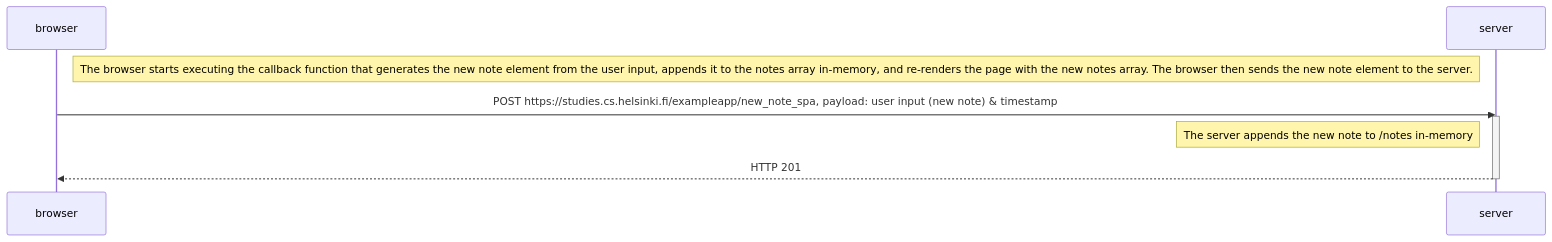
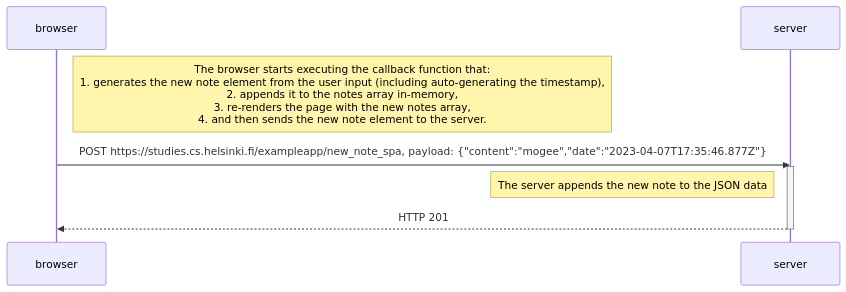
The diagram in Part 0/Exercise 6/sequence.md (soumyee29/fullstackopen), drawn with Mermaid before and after one commit.

Commit message:
Improve visualization and description.

````diff
--- a/Part 0/Exercise 6/sequence.md
+++ b/Part 0/Exercise 6/sequence.md
@@ -1,13 +1,13 @@
 ```mermaid
 sequenceDiagram
     participant browser
     participant server
 
-    Note right of browser: The browser starts executing the callback function that generates the new note element from the user input, appends it to the notes array in-memory, and re-renders the page with the new notes array. The browser then sends the new note element to the server.
-    browser->>server: POST https://studies.cs.helsinki.fi/exampleapp/new_note_spa, payload: user input (new note) & timestamp
+    Note right of browser: The browser starts executing the callback function that: <br/> 1. generates the new note element from the user input (including auto-generating the timestamp),<br/> 2. appends it to the notes array in-memory,<br/> 3.  re-renders the page with the new notes array,<br/> 4. and then sends the new note element to the server.
+    browser->>server: POST https://studies.cs.helsinki.fi/exampleapp/new_note_spa, payload: {"content":"mogee","date":"2023-04-07T17:35:46.877Z"}
     activate server
-    Note left of server: The server appends the new note to /notes in-memory
+    Note left of server: The server appends the new note to the JSON data
     server-->>browser: HTTP 201
     deactivate server
 
 ```
````
